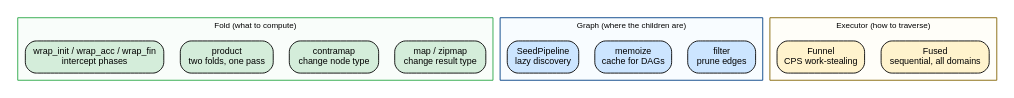
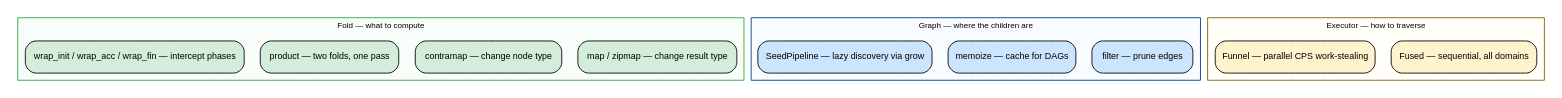
One commit to hylic-recursion/hylic-docs changed the diagram in book/src/intro.md. Above: the diagram before and after it, drawn with Graphviz. The commit also changed other lines of this file and 7 other files, not shown here.

````diff
--- a/book/src/intro.md
+++ b/book/src/intro.md
@@ -50,31 +68,30 @@
 ```dot process
 digraph {
     rankdir=TB;
     node [shape=box, style="rounded,filled", fontname="sans-serif", fontsize=10];
-    edge [fontname="sans-serif", fontsize=9];
 
     subgraph cluster_fold {
-        label="Fold (what to compute)"; style=filled; fillcolor="#d4edda22"; color="#28a745";
+        label="Fold — what to compute"; style=filled; fillcolor="#d4edda22"; color="#28a745";
         fontname="sans-serif"; fontsize=9;
-        f1 [label="map / zipmap\nchange result type", fillcolor="#d4edda"];
-        f2 [label="contramap\nchange node type", fillcolor="#d4edda"];
-        f3 [label="product\ntwo folds, one pass", fillcolor="#d4edda"];
-        f4 [label="wrap_init / wrap_acc / wrap_fin\nintercept phases", fillcolor="#d4edda"];
+        f1 [label="map / zipmap — change result type", fillcolor="#d4edda"];
+        f2 [label="contramap — change node type", fillcolor="#d4edda"];
+        f3 [label="product — two folds, one pass", fillcolor="#d4edda"];
+        f4 [label="wrap_init / wrap_acc / wrap_fin — intercept phases", fillcolor="#d4edda"];
     }
 
     subgraph cluster_graph {
-        label="Graph (where the children are)"; style=filled; fillcolor="#cce5ff22"; color="#004085";
+        label="Graph — where the children are"; style=filled; fillcolor="#cce5ff22"; color="#004085";
         fontname="sans-serif"; fontsize=9;
-        g1 [label="filter\nprune edges", fillcolor="#cce5ff"];
-        g2 [label="memoize\ncache for DAGs", fillcolor="#cce5ff"];
-        g3 [label="SeedPipeline\nlazy discovery", fillcolor="#cce5ff"];
+        g1 [label="filter — prune edges", fillcolor="#cce5ff"];
+        g2 [label="memoize — cache for DAGs", fillcolor="#cce5ff"];
+        g3 [label="SeedPipeline — lazy discovery via grow", fillcolor="#cce5ff"];
     }
 
     subgraph cluster_exec {
-        label="Executor (how to traverse)"; style=filled; fillcolor="#fff3cd22"; color="#856404";
+        label="Executor — how to traverse"; style=filled; fillcolor="#fff3cd22"; color="#856404";
         fontname="sans-serif"; fontsize=9;
-        e1 [label="Fused\nsequential, all domains", fillcolor="#fff3cd"];
-        e2 [label="Funnel\nCPS work-stealing", fillcolor="#fff3cd"];
+        e1 [label="Fused — sequential, all domains", fillcolor="#fff3cd"];
+        e2 [label="Funnel — parallel CPS work-stealing", fillcolor="#fff3cd"];
     }
 }
 ```
````
